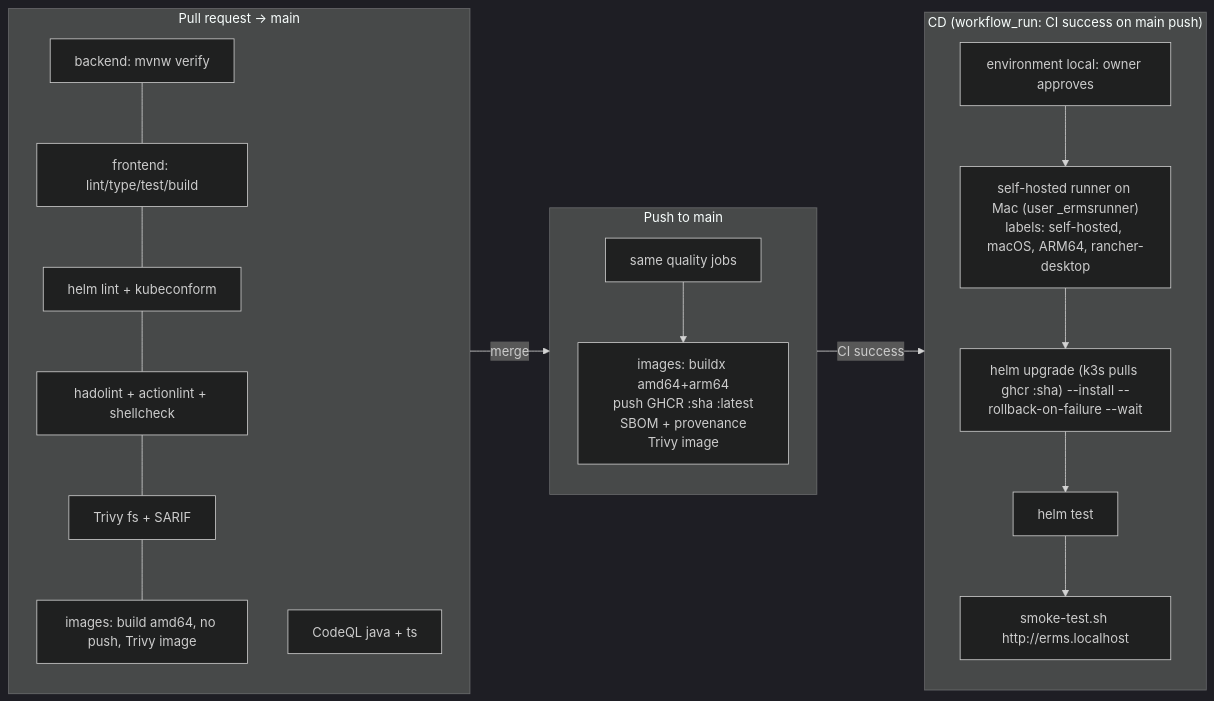
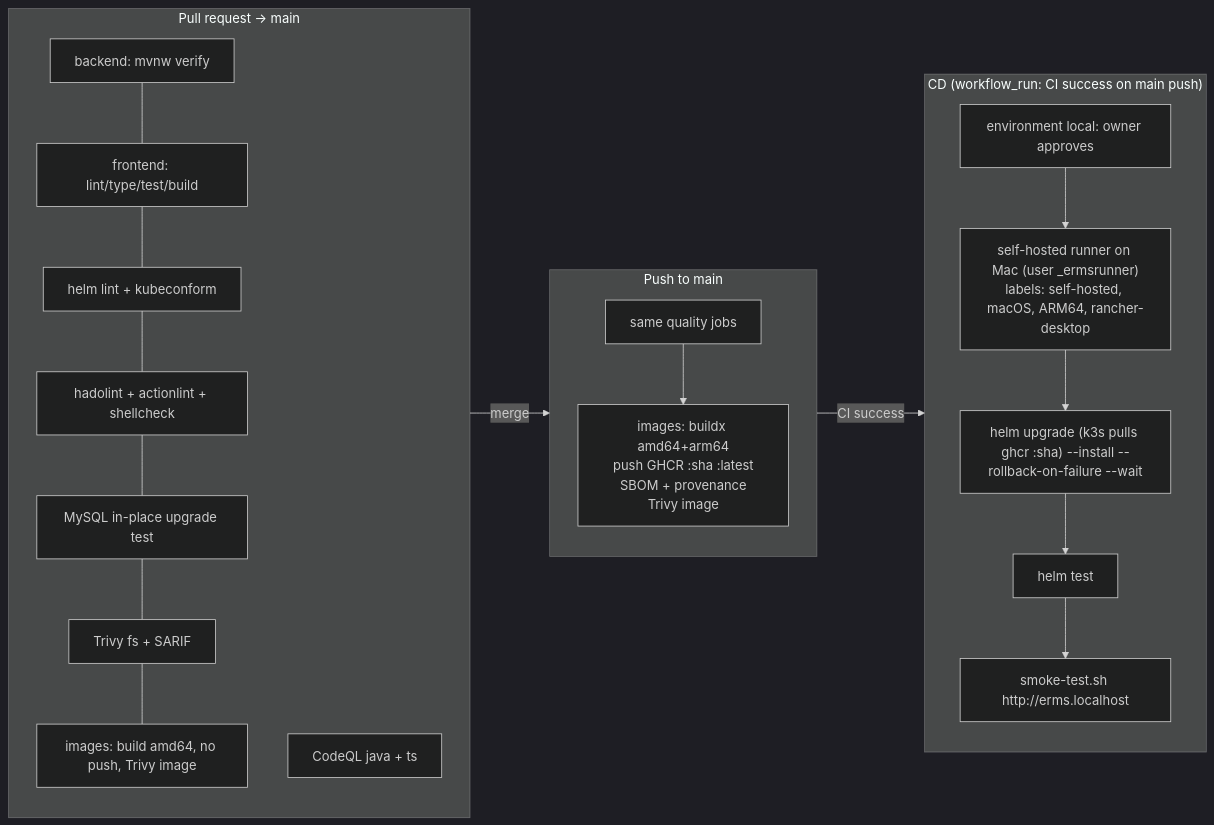
The diagram in docs/CICD.md (manojis/CriticalUtilityResponseService), drawn with Mermaid (dark theme) before and after one commit. The commit also changed other lines of this file and 27 other files, not shown here.

````diff
--- a/docs/CICD.md
+++ b/docs/CICD.md
@@ -7,24 +7,25 @@
 ```mermaid
 flowchart LR
     subgraph PR["Pull request → main"]
         direction TB
         P1[backend: mvnw verify] --- P2[frontend: lint/type/test/build]
         P2 --- P3[helm lint + kubeconform]
         P3 --- P4[hadolint + actionlint + shellcheck]
-        P4 --- P5[Trivy fs + SARIF]
+        P4 --- P4b[MySQL in-place upgrade test]
+        P4b --- P5[Trivy fs + SARIF]
         P5 --- P6[images: build amd64, no push, Trivy image]
         P7[CodeQL java + ts]
     end
     subgraph MAIN["Push to main"]
         direction TB
         M1[same quality jobs] --> M2[images: buildx amd64+arm64<br/>push GHCR :sha :latest<br/>SBOM + provenance<br/>Trivy image]
     end
     subgraph CD["CD (workflow_run: CI success on main push)"]
         direction TB
         D0["environment local: owner approves"] --> D1["self-hosted runner on Mac (user _ermsrunner)<br/>labels: self-hosted, macOS, ARM64, rancher-desktop"]
         D1 --> D3["helm upgrade (k3s pulls ghcr :sha) --install --rollback-on-failure --wait"]
         D3 --> D4[helm test]
         D4 --> D5["smoke-test.sh http://erms.localhost"]
     end
     PR -->|merge| MAIN -->|CI success| CD
 ```
````
